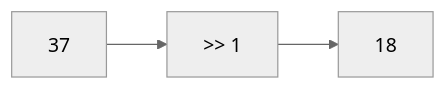
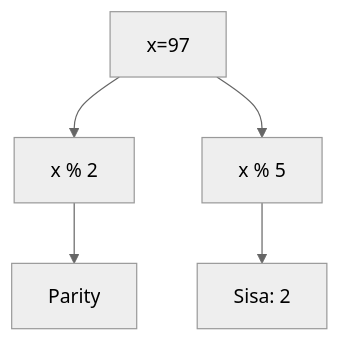
One commit to amnahwaida/OSNK_INF_PREP changed diagram 11 of 25 in part-c-pemahaman-cpp/06-bitwise/latihan/set-02.md. Above: the diagram before and after it, drawn with Mermaid (neutral theme). The commit also changed other lines of this file and 71 other files, not shown here.

````diff
--- a/part-c-pemahaman-cpp/06-bitwise/latihan/set-02.md
+++ b/part-c-pemahaman-cpp/06-bitwise/latihan/set-02.md
@@ -326,5 +327,7 @@
 ```mermaid
-graph LR
-    A[37] --> B[">> 1"]
-    B --> C[18]
+graph TD
+A[x=97] --> B[x % 2]
+B --> C[Parity]
+A --> D[x % 5]
+D --> E[Sisa: 2]
 ```
````
